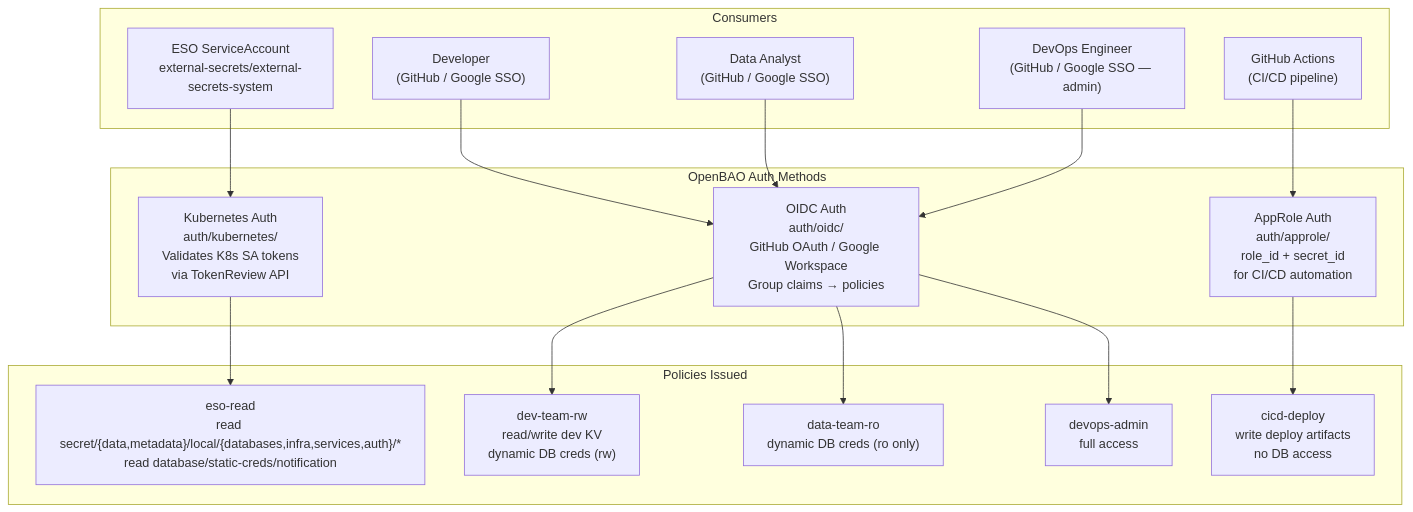
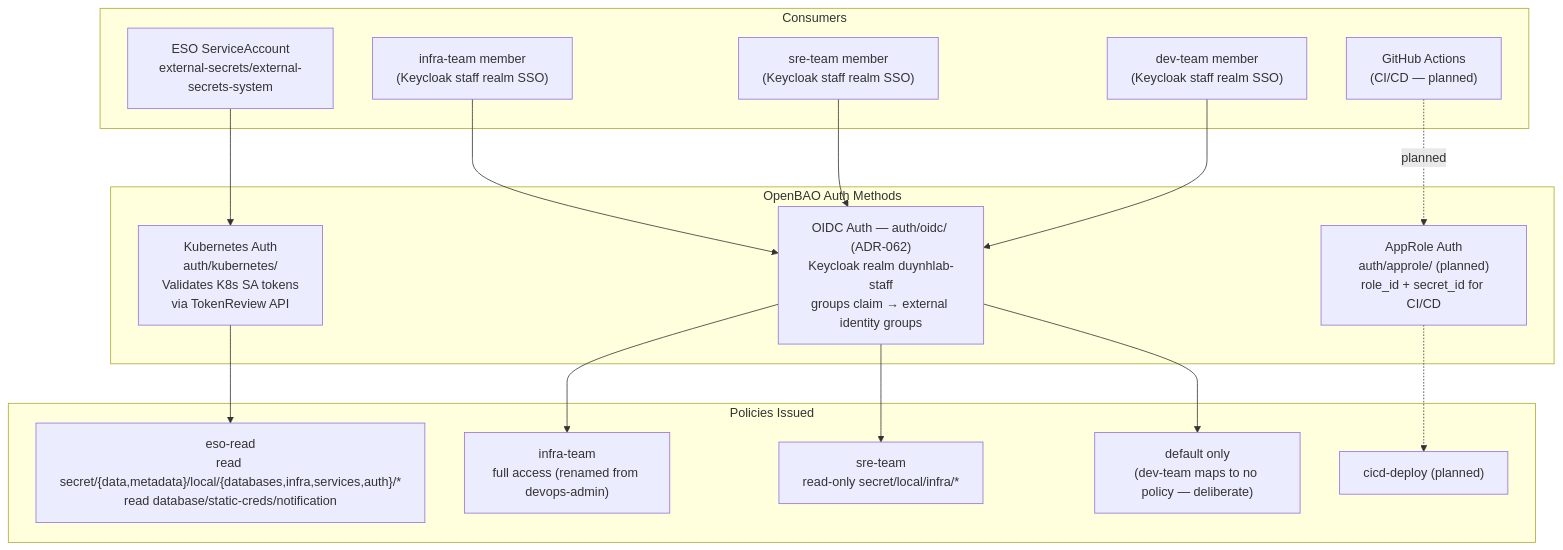
Before and after one commit to duynhlab/homelab: the fifth of 19 diagrams in docs/secrets/openbao.md, drawn with Mermaid. The commit also changed other lines of this file and 4 other files, not shown here.

````diff
--- a/docs/secrets/openbao.md
+++ b/docs/secrets/openbao.md
@@ -269,30 +272,30 @@
 ```mermaid
 flowchart TD
     subgraph consumers["Consumers"]
         eso_sa["ESO ServiceAccount\nexternal-secrets/external-secrets-system"]
-        dev["Developer\n(GitHub / Google SSO)"]
-        data["Data Analyst\n(GitHub / Google SSO)"]
-        devops["DevOps Engineer\n(GitHub / Google SSO — admin)"]
-        gha["GitHub Actions\n(CI/CD pipeline)"]
+        infra["infra-team member\n(Keycloak staff realm SSO)"]
+        sre["sre-team member\n(Keycloak staff realm SSO)"]
+        devx["dev-team member\n(Keycloak staff realm SSO)"]
+        gha["GitHub Actions\n(CI/CD — planned)"]
     end
 
     subgraph authmethods["OpenBAO Auth Methods"]
         k8sauth["Kubernetes Auth\nauth/kubernetes/\nValidates K8s SA tokens\nvia TokenReview API"]
-        oidcauth["OIDC Auth\nauth/oidc/\nGitHub OAuth / Google Workspace\nGroup claims → policies"]
-        approlauth["AppRole Auth\nauth/approle/\nrole_id + secret_id\nfor CI/CD automation"]
+        oidcauth["OIDC Auth — auth/oidc/ (ADR-062)\nKeycloak realm duynhlab-staff\ngroups claim → external identity groups"]
+        approlauth["AppRole Auth\nauth/approle/ (planned)\nrole_id + secret_id for CI/CD"]
     end
 
     subgraph policies["Policies Issued"]
         p_eso["eso-read\nread secret/{data,metadata}/local/{databases,infra,services,auth}/*\nread database/static-creds/notification"]
-        p_dev_rw["dev-team-rw\nread/write dev KV\ndynamic DB creds (rw)"]
-        p_data_ro["data-team-ro\ndynamic DB creds (ro only)"]
-        p_admin["devops-admin\nfull access"]
-        p_cicd["cicd-deploy\nwrite deploy artifacts\nno DB access"]
+        p_infra["infra-team\nfull access (renamed from devops-admin)"]
+        p_sre["sre-team\nread-only secret/local/infra/*"]
+        p_default["default only\n(dev-team maps to no policy — deliberate)"]
+        p_cicd["cicd-deploy (planned)"]
     end
 
     eso_sa --> k8sauth --> p_eso
-    dev --> oidcauth --> p_dev_rw
-    data --> oidcauth --> p_data_ro
-    devops --> oidcauth --> p_admin
-    gha --> approlauth --> p_cicd
+    infra --> oidcauth --> p_infra
+    sre --> oidcauth --> p_sre
+    devx --> oidcauth --> p_default
+    gha -.->|"planned"| approlauth -.-> p_cicd
 ```
````
